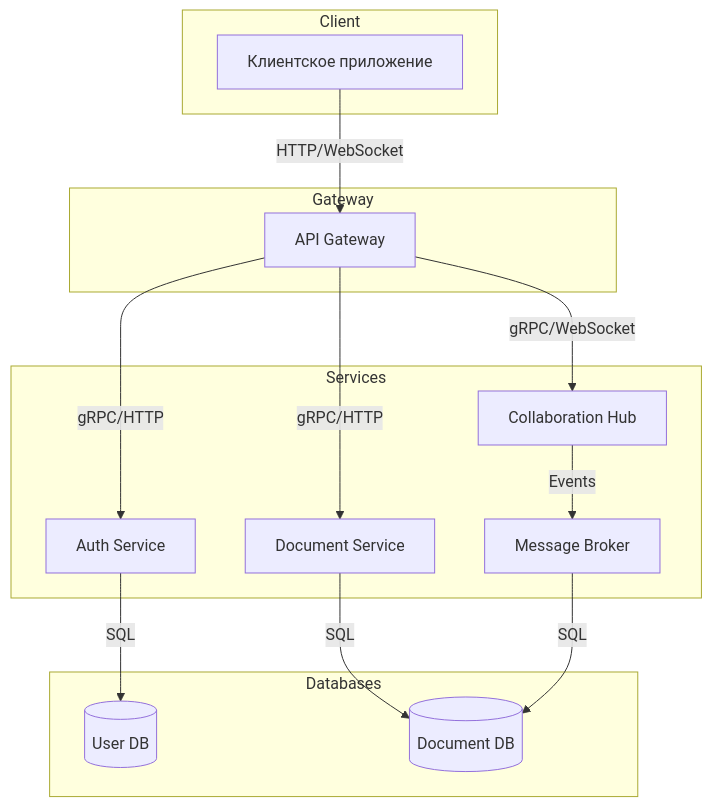
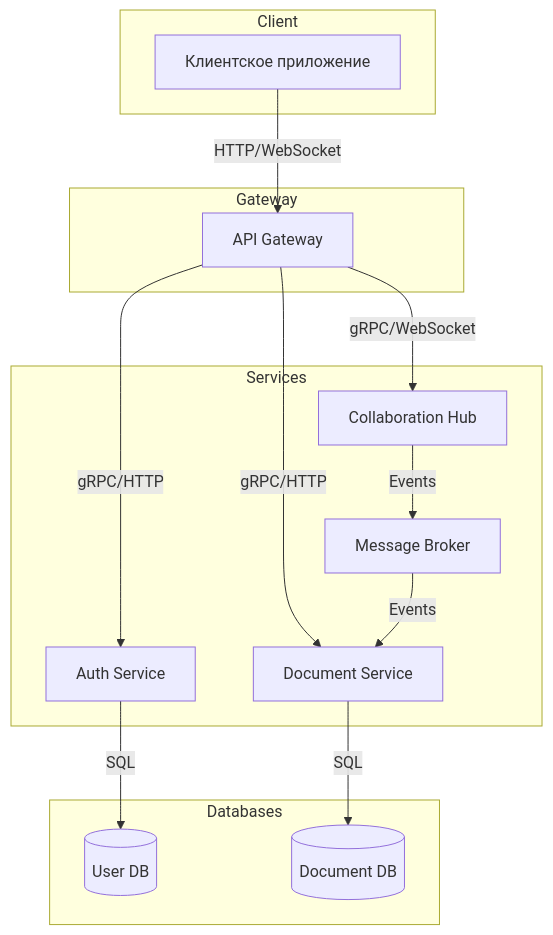
Before and after one commit to spbu-ds-practicum-2025/distributed-computing-fans: the first of 4 diagrams in docs/tr.md, drawn with Mermaid. The commit also changed other lines of this file, not shown here.

````diff
--- a/docs/tr.md
+++ b/docs/tr.md
@@ -75,31 +75,31 @@
 ```mermaid
 graph TD
   subgraph Client
     UserApp[Клиентское приложение]
   end
 
   subgraph Gateway
     APIGateway[API Gateway]
   end
 
   subgraph Services
     Auth[Auth Service]
     Document[Document Service]
     Collaboration[Collaboration Hub]
     Broker[Message Broker]
   end
 
   subgraph Databases
     UserDB[(User DB)]
     DocDB[(Document DB)]
   end
 
   UserApp-->|HTTP/WebSocket|APIGateway
   APIGateway-->|gRPC/HTTP|Auth
   APIGateway-->|gRPC/WebSocket|Collaboration
   APIGateway-->|gRPC/HTTP|Document
   Auth-->|SQL|UserDB
   Document-->|SQL|DocDB
   Collaboration-->|Events|Broker
-  Broker-->|SQL|DocDB
+  Broker-->|Events|Document
 ```
````
